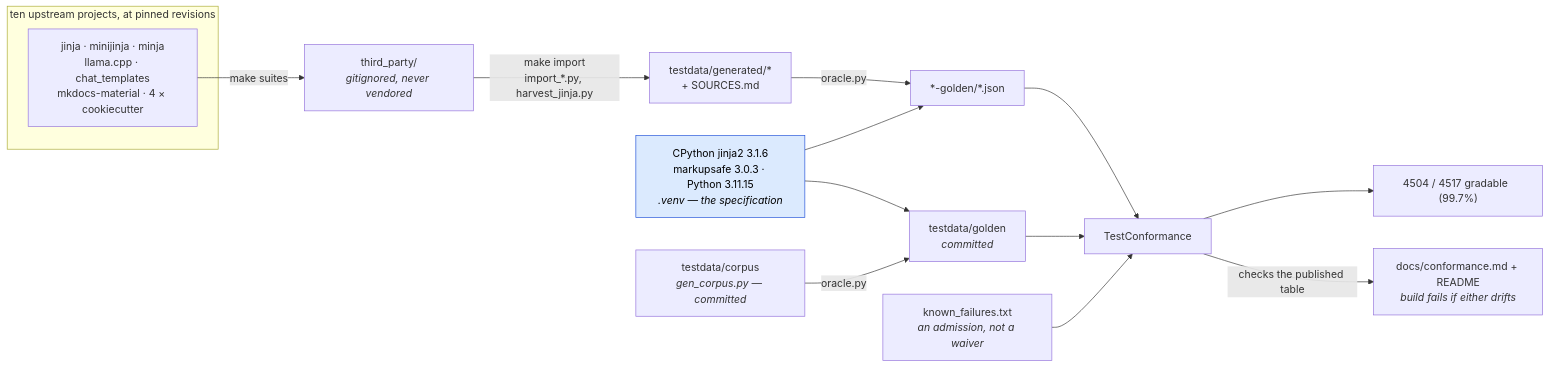
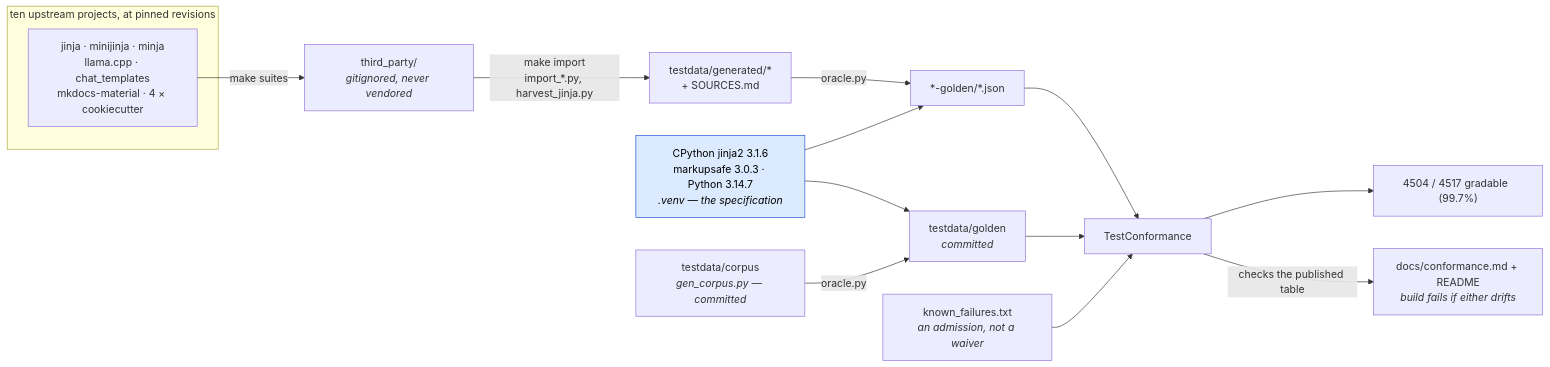
One commit to mgilbir/gojja2 changed the first of 2 diagrams in docs/conformance.md. Above: the diagram before and after it, drawn with Mermaid. The commit also changed other lines of this file and 2337 other files, not shown here.

````diff
--- a/docs/conformance.md
+++ b/docs/conformance.md
@@ -17,24 +17,24 @@
 ```mermaid
 flowchart LR
     subgraph up["ten upstream projects, at pinned revisions"]
         U1["jinja · minijinja · minja<br/>llama.cpp · chat_templates<br/>mkdocs-material · 4 × cookiecutter"]
     end
     U1 -->|"make suites"| TP["third_party/<br/><i>gitignored, never vendored</i>"]
     TP -->|"make import<br/>import_*.py, harvest_jinja.py"| GEN["testdata/generated/*<br/>+ SOURCES.md"]
 
-    ORA["CPython jinja2 3.1.6<br/>markupsafe 3.0.3 · Python 3.11.15<br/><i>.venv — the specification</i>"]
+    ORA["CPython jinja2 3.1.6<br/>markupsafe 3.0.3 · Python 3.14.7<br/><i>.venv — the specification</i>"]
     GEN -->|"oracle.py"| G2["*-golden/*.json"]
     ORA --> G2
 
     OWN["testdata/corpus<br/><i>gen_corpus.py — committed</i>"] -->|"oracle.py"| G1["testdata/golden<br/><i>committed</i>"]
     ORA --> G1
 
     G1 --> TC["TestConformance"]
     G2 --> TC
     KF["known_failures.txt<br/><i>an admission, not a waiver</i>"] --> TC
     TC --> RATE["4504 / 4517 gradable  (99.7%)"]
     TC -->|"checks the published table"| RM["docs/conformance.md + README<br/><i>build fails if either drifts</i>"]
 
     classDef spec fill:#dbeafe,stroke:#1d4ed8,color:#000
     class ORA spec
 ```
````
